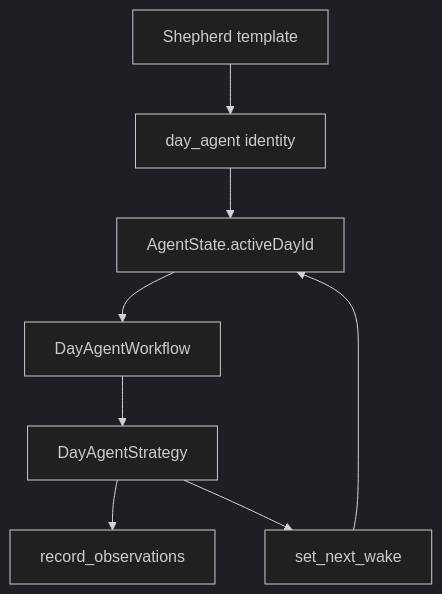
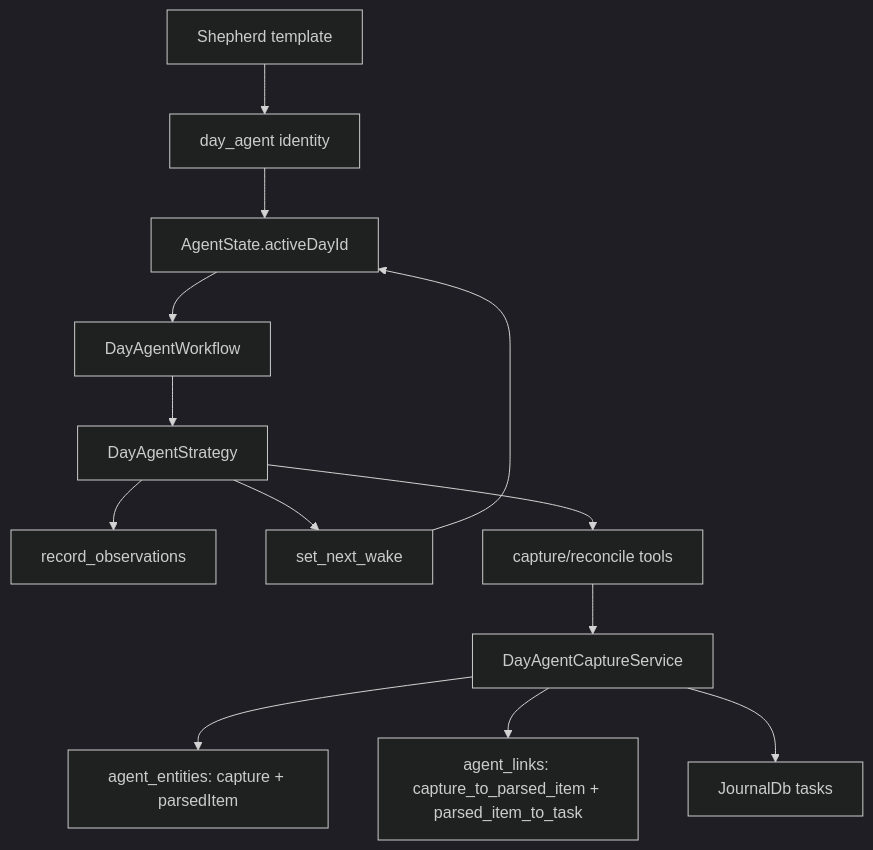
Before and after one commit to matthiasn/lotti: the first of 2 diagrams in lib/features/daily_os_next/README.md, drawn with Mermaid (dark theme). The commit also changed other lines of this file and 35 other files, not shown here.

Commit message:
feat: day agent tooling

````diff
--- a/lib/features/daily_os_next/README.md
+++ b/lib/features/daily_os_next/README.md
@@ -19,10 +20,15 @@
 ```mermaid
 flowchart TD
   Template["Shepherd template"] --> Identity["day_agent identity"]
   Identity --> State["AgentState.activeDayId"]
   State --> Wake["DayAgentWorkflow"]
   Wake --> Strategy["DayAgentStrategy"]
   Strategy --> Observe["record_observations"]
   Strategy --> Schedule["set_next_wake"]
+  Strategy --> CaptureTools["capture/reconcile tools"]
+  CaptureTools --> CaptureService["DayAgentCaptureService"]
+  CaptureService --> Entities["agent_entities: capture + parsedItem"]
+  CaptureService --> Links["agent_links: capture_to_parsed_item + parsed_item_to_task"]
+  CaptureService --> Tasks["JournalDb tasks"]
   Schedule --> State
 ```
````
